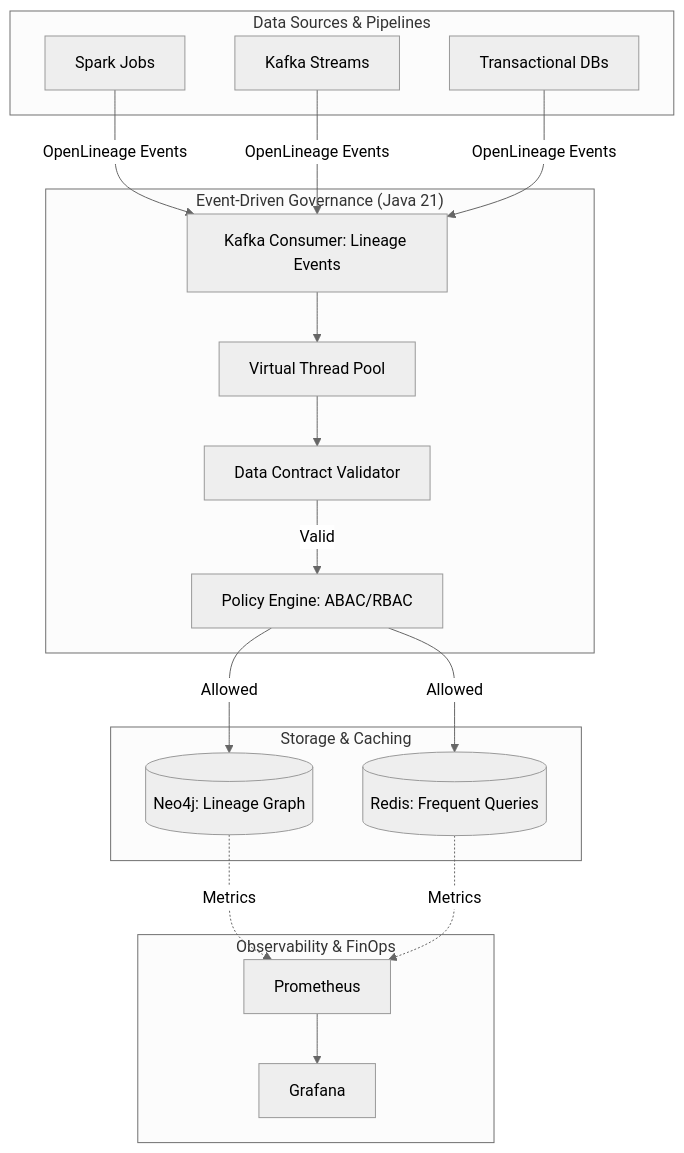
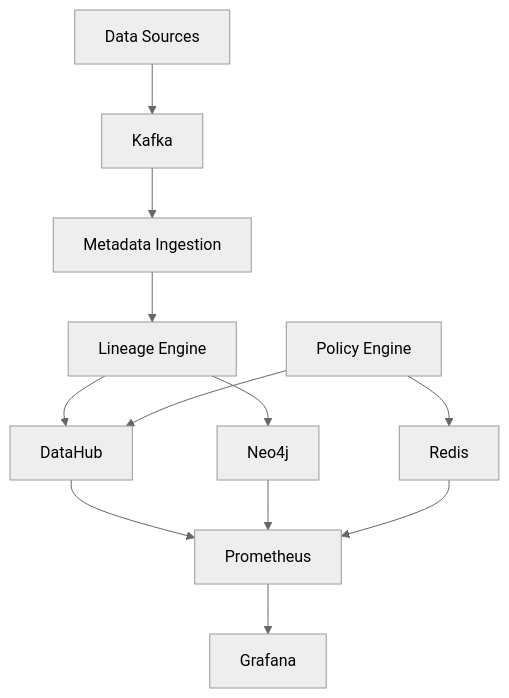
One commit to Joaquinriosheredia/DAM-Java-Mastery changed the second of 5 diagrams in _Review/data_governance_y_lineage_en_data_platforms/data_governance_y_lineage_en_data_platforms.md. Above: the diagram before and after it, drawn with Mermaid (neutral theme). The commit also changed other lines of this file, not shown here.

Commit message:
Arquitectura de Data Governance y Lineage en Plataformas de Datos con Java 21

````diff
--- a/_Review/data_governance_y_lineage_en_data_platforms/data_governance_y_lineage_en_data_platforms.md
+++ b/_Review/data_governance_y_lineage_en_data_platforms/data_governance_y_lineage_en_data_platforms.md
@@ -44,35 +446,39 @@
 ```mermaid
 graph TD
-    subgraph "Data Sources & Pipelines"
-        SPARK[Spark Jobs]
-        KAFKA[Kafka Streams]
-        DB[Transactional DBs]
-    end
 
-    subgraph "Event-Driven Governance (Java 21)"
-        KC[Kafka Consumer: Lineage Events]
-        VT[Virtual Thread Pool]
-        PE[Policy Engine: ABAC/RBAC]
-        DC[Data Contract Validator]
-    end
+SRC[Data Sources]
 
-    subgraph "Storage & Caching"
-        REDIS[(Redis: Frequent Queries)]
-        NEO4J[(Neo4j: Lineage Graph)]
-    end
+KAFKA[Kafka]
 
-    subgraph "Observability & FinOps"
-        PROM[Prometheus]
-        GRAF[Grafana]
-    end
+INGEST[Metadata Ingestion]
 
-    SPARK & KAFKA & DB -->|OpenLineage Events| KC
-    KC --> VT
-    VT --> DC
-    DC -->|Valid| PE
-    PE -->|Allowed| REDIS
-    PE -->|Allowed| NEO4J
-    NEO4J -.->|Metrics| PROM
-    REDIS -.->|Metrics| PROM
-    PROM --> GRAF
+LINEAGE[Lineage Engine]
+
+POLICY[Policy Engine]
+
+DATAHUB[DataHub]
+
+REDIS[Redis]
+
+NEO4J[Neo4j]
+
+PROM[Prometheus]
+
+GRAF[Grafana]
+
+SRC --> KAFKA
+KAFKA --> INGEST
+INGEST --> LINEAGE
+
+LINEAGE --> DATAHUB
+LINEAGE --> NEO4J
+
+POLICY --> DATAHUB
+POLICY --> REDIS
+
+DATAHUB --> PROM
+NEO4J --> PROM
+REDIS --> PROM
+
+PROM --> GRAF
 ```
````
